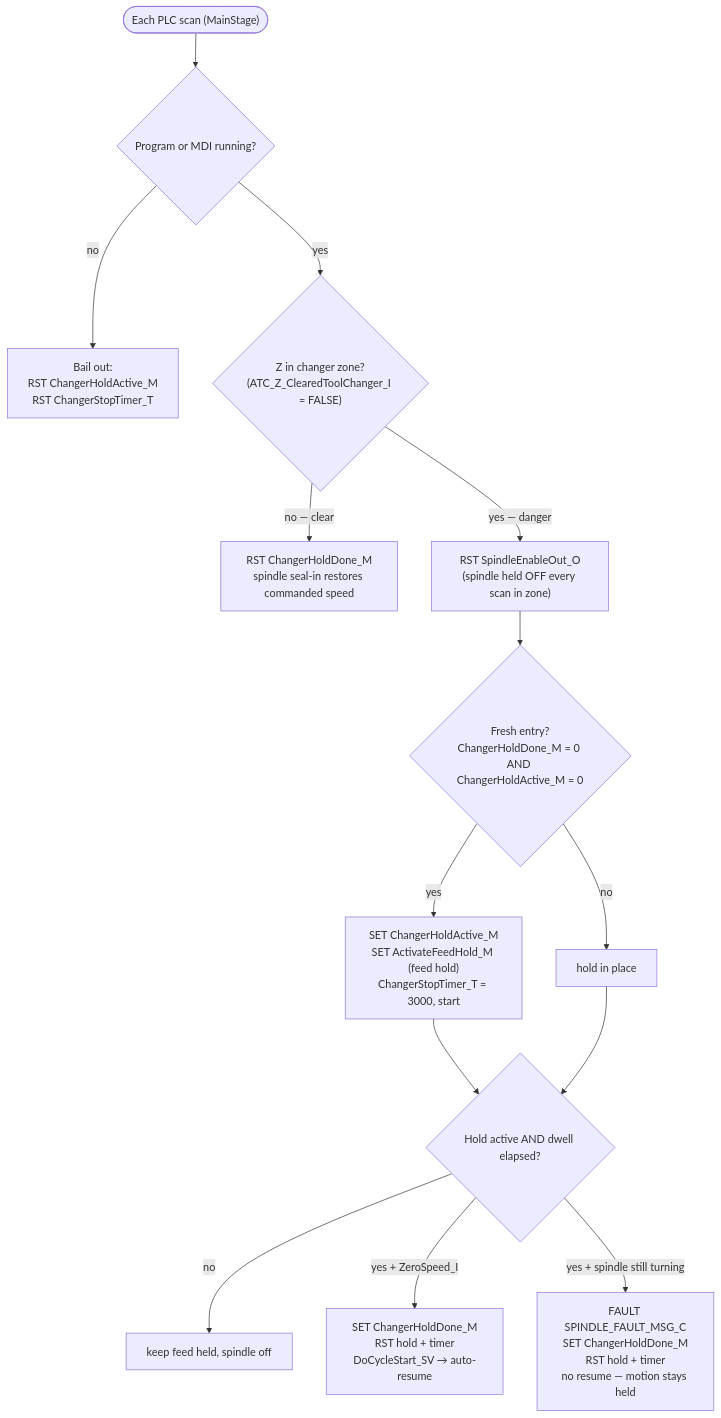
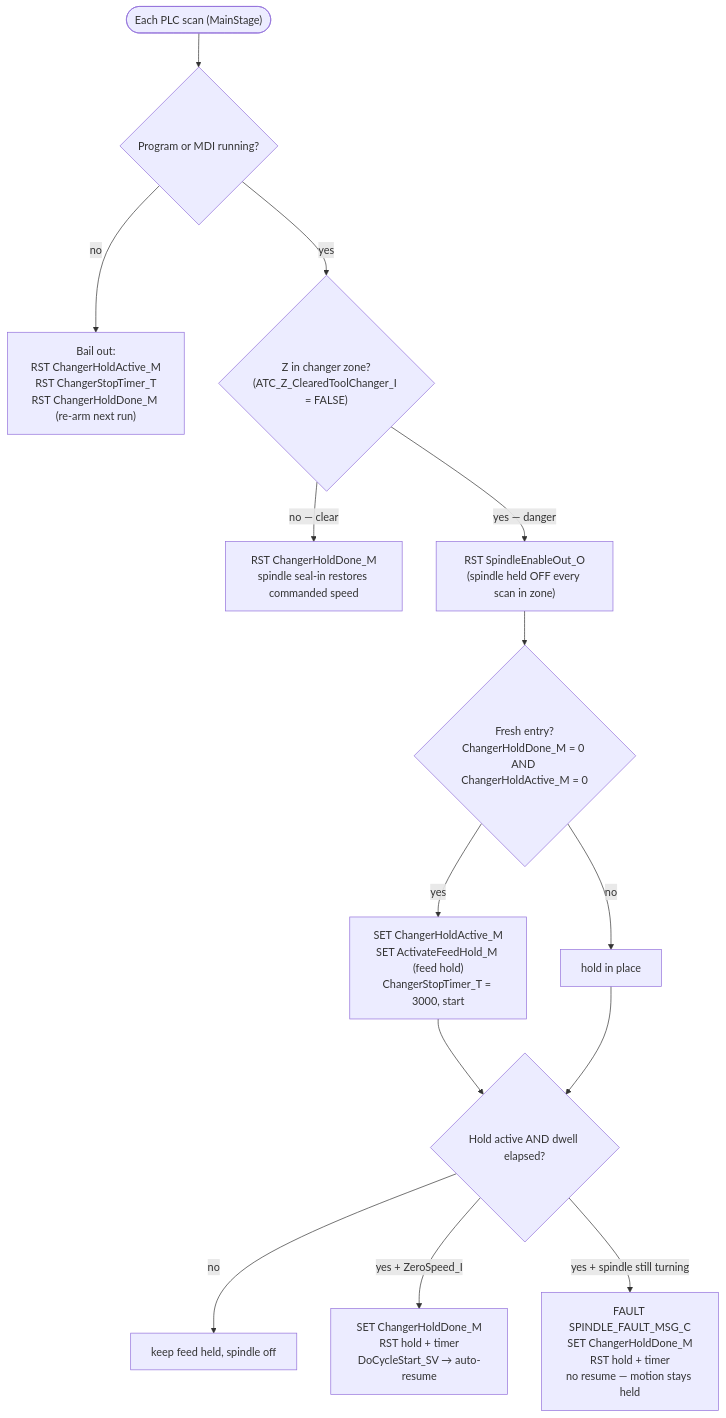
One commit to TD-4242/Acroloc-Centroid changed the second of 2 diagrams in README.md. Above: the diagram before and after it, drawn with Mermaid. The commit also changed other lines of this file and 2 other files, not shown here.

First line of the commit message:
fix(plc): re-arm changer interlock after a run stop/cancel

````diff
--- a/README.md
+++ b/README.md
@@ -265,16 +267,16 @@
 ```mermaid
 flowchart TD
     A(["Each PLC scan (MainStage)"]) --> B{"Program or MDI running?"}
-    B -- no --> BAIL["Bail out:<br/>RST ChangerHoldActive_M<br/>RST ChangerStopTimer_T"]
+    B -- no --> BAIL["Bail out:<br/>RST ChangerHoldActive_M<br/>RST ChangerStopTimer_T<br/>RST ChangerHoldDone_M (re-arm next run)"]
     B -- yes --> C{"Z in changer zone?<br/>(ATC_Z_ClearedToolChanger_I = FALSE)"}
     C -- "no — clear" --> CLR["RST ChangerHoldDone_M<br/>spindle seal-in restores commanded speed"]
     C -- "yes — danger" --> KILL["RST SpindleEnableOut_O<br/>(spindle held OFF every scan in zone)"]
     KILL --> ARM{"Fresh entry?<br/>ChangerHoldDone_M = 0 AND ChangerHoldActive_M = 0"}
     ARM -- yes --> SET["SET ChangerHoldActive_M<br/>SET ActivateFeedHold_M (feed hold)<br/>ChangerStopTimer_T = 3000, start"]
     ARM -- no --> WAIT["hold in place"]
     SET --> DEC{"Hold active AND dwell elapsed?"}
     WAIT --> DEC
     DEC -- no --> HOLD["keep feed held, spindle off"]
     DEC -- "yes + ZeroSpeed_I" --> RES["SET ChangerHoldDone_M<br/>RST hold + timer<br/>DoCycleStart_SV → auto-resume"]
     DEC -- "yes + spindle still turning" --> FLT["FAULT SPINDLE_FAULT_MSG_C<br/>SET ChangerHoldDone_M<br/>RST hold + timer<br/>no resume — motion stays held"]
 ```
````
